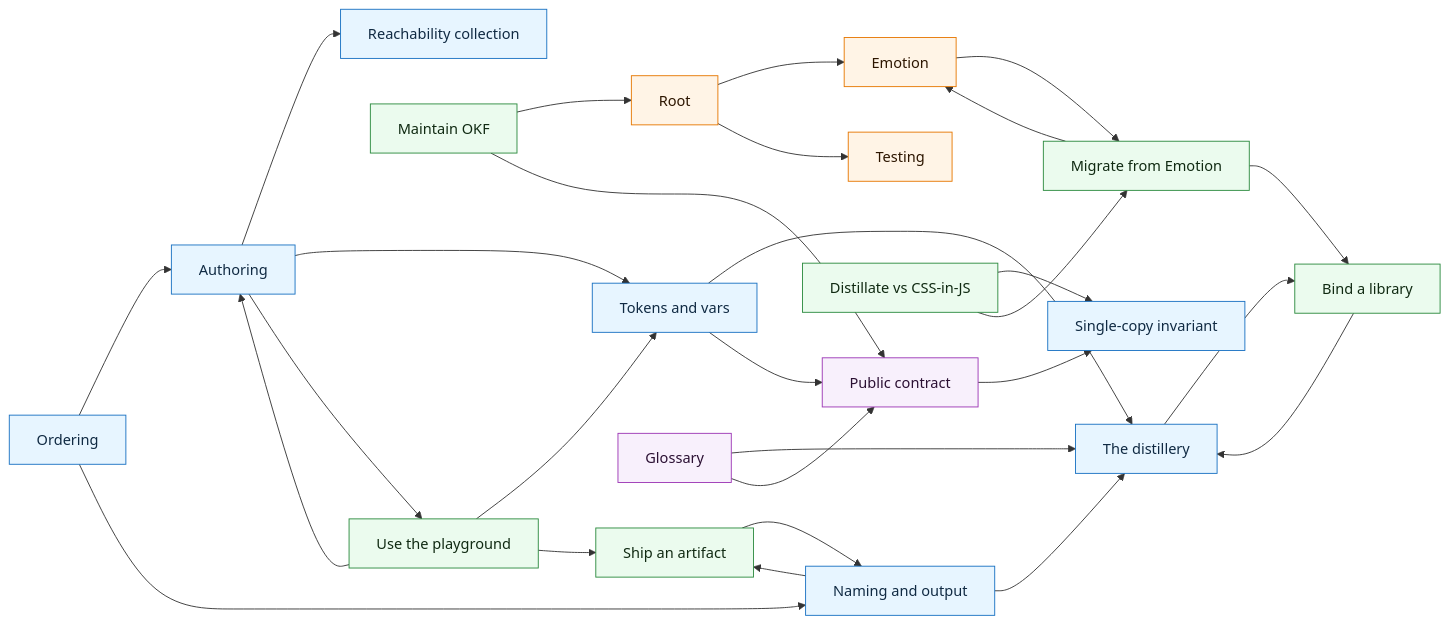
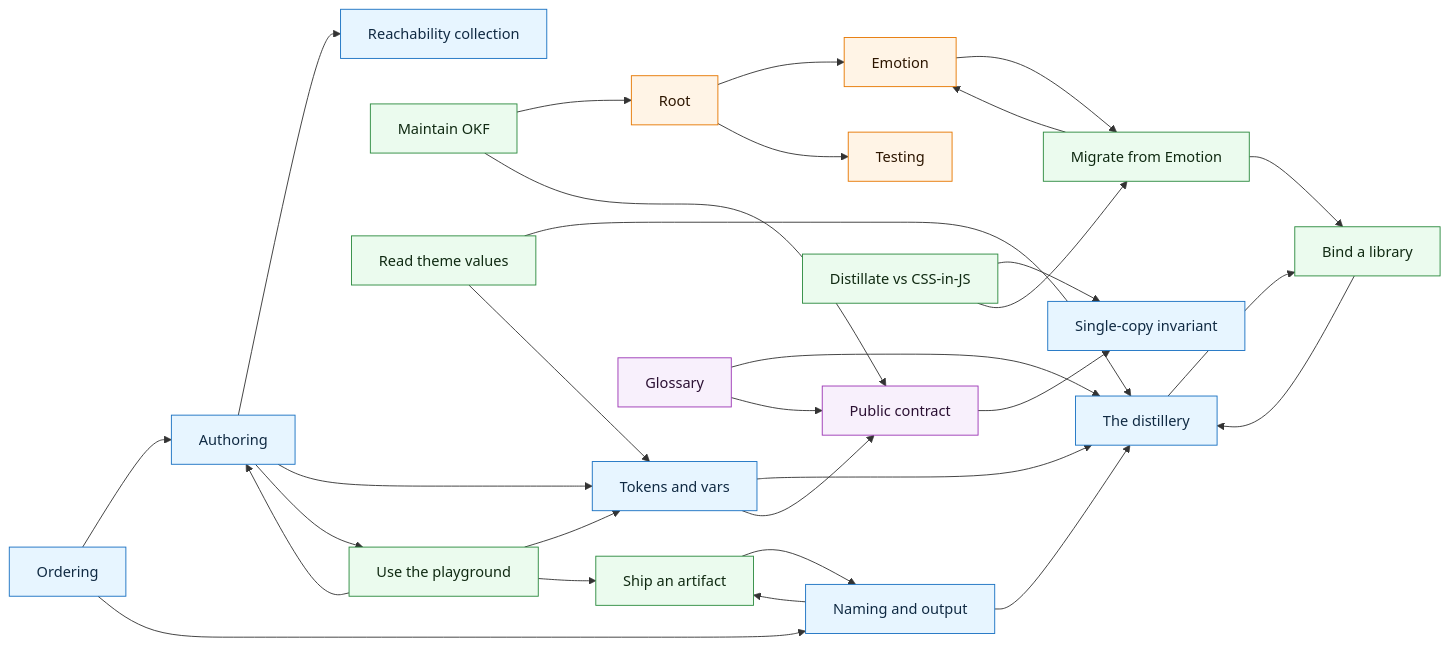
Before and after one commit to elastic/distillate: the diagram in docs/reference/okf-map.md, drawn with Mermaid. The commit also changed other lines of this file and 28 other files, not shown here.

Commit message:
feat: expose resolved theme values for non-CSS surfaces (#11)

````diff
--- a/docs/reference/okf-map.md
+++ b/docs/reference/okf-map.md
@@ -16,52 +16,55 @@
 ```mermaid
 flowchart LR
     concepts_authoring["Authoring"]:::concept
     concepts_collection["Reachability collection"]:::concept
     concepts_distillery["The distillery"]:::concept
     concepts_naming["Naming and output"]:::concept
     concepts_ordering["Ordering"]:::concept
     concepts_single_copy["Single-copy invariant"]:::concept
     concepts_tokens["Tokens and vars"]:::concept
     entry_points_emotion["Emotion"]:::entrypoint
     entry_points_root["Root"]:::entrypoint
     entry_points_testing["Testing"]:::entrypoint
     playbooks_bind_a_library["Bind a library"]:::playbook
     playbooks_maintain_okf["Maintain OKF"]:::playbook
     playbooks_migrate_from_emotion["Migrate from Emotion"]:::playbook
+    playbooks_read_theme_values["Read theme values"]:::playbook
     playbooks_ship_an_artifact["Ship an artifact"]:::playbook
     playbooks_use_the_playground["Use the playground"]:::playbook
     playbooks_vs_emotion["Distillate vs CSS-in-JS"]:::playbook
     reference_glossary["Glossary"]:::reference
     reference_public_contract["Public contract"]:::reference
     concepts_authoring --> concepts_collection
     concepts_authoring --> concepts_tokens
     concepts_authoring --> playbooks_use_the_playground
     concepts_distillery --> playbooks_bind_a_library
     concepts_naming --> concepts_distillery
     concepts_naming --> playbooks_ship_an_artifact
     concepts_ordering --> concepts_authoring
     concepts_ordering --> concepts_naming
     concepts_tokens --> concepts_distillery
     concepts_tokens --> reference_public_contract
     entry_points_emotion --> playbooks_migrate_from_emotion
     entry_points_root --> entry_points_emotion
     entry_points_root --> entry_points_testing
     playbooks_bind_a_library --> concepts_distillery
     playbooks_maintain_okf --> entry_points_root
     playbooks_maintain_okf --> reference_public_contract
     playbooks_migrate_from_emotion --> entry_points_emotion
     playbooks_migrate_from_emotion --> playbooks_bind_a_library
+    playbooks_read_theme_values --> concepts_distillery
+    playbooks_read_theme_values --> concepts_tokens
     playbooks_ship_an_artifact --> concepts_naming
     playbooks_use_the_playground --> concepts_authoring
     playbooks_use_the_playground --> concepts_tokens
     playbooks_use_the_playground --> playbooks_ship_an_artifact
     playbooks_vs_emotion --> concepts_single_copy
     playbooks_vs_emotion --> playbooks_migrate_from_emotion
     reference_glossary --> concepts_distillery
     reference_glossary --> reference_public_contract
     reference_public_contract --> concepts_single_copy
     classDef concept fill:#e7f5ff,stroke:#1971c2,color:#102a43
     classDef entrypoint fill:#fff4e6,stroke:#e67700,color:#2d1600
     classDef playbook fill:#ebfbee,stroke:#2b8a3e,color:#102a12
     classDef reference fill:#f8f0fc,stroke:#9c36b5,color:#2b1033
 ```
````
